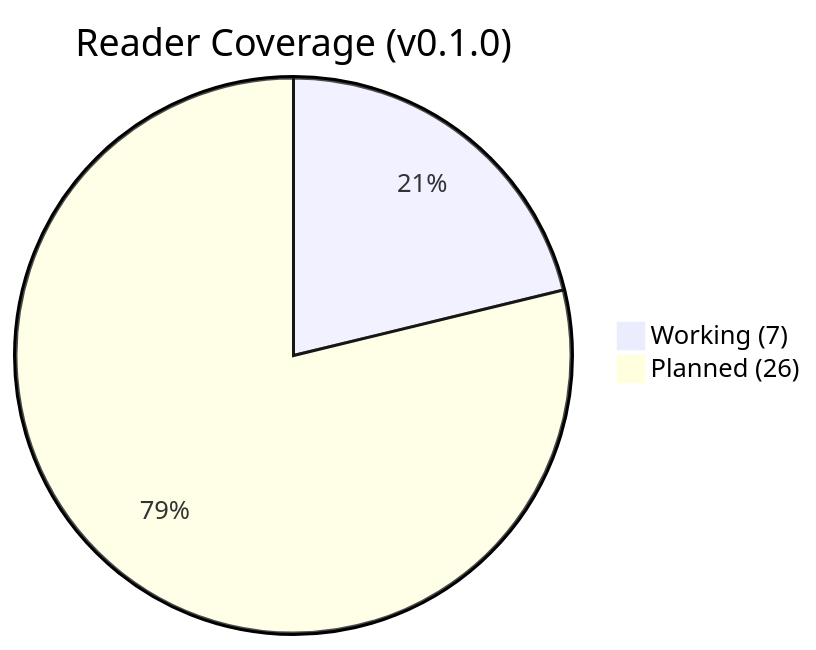
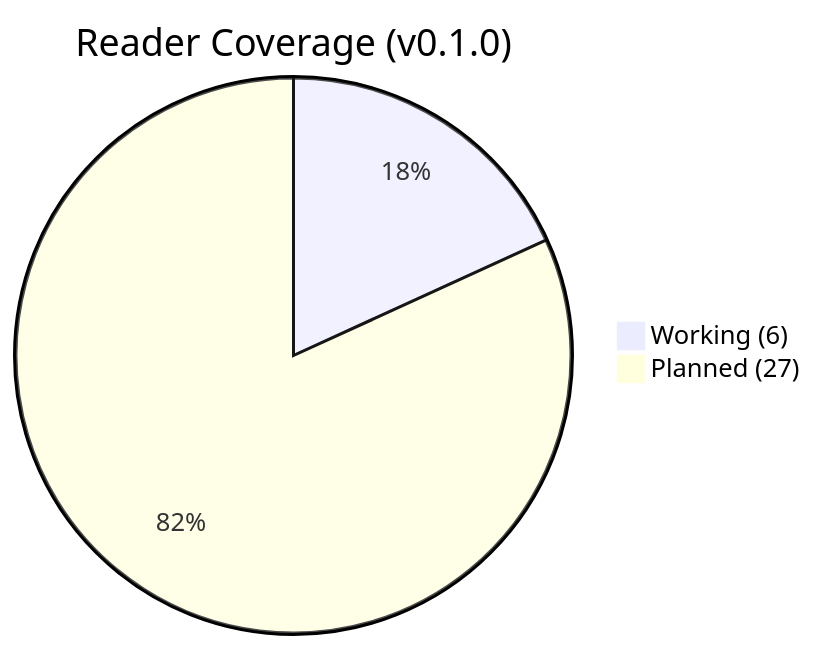
The first of 2 diagrams in README.md (andiekobbietks/AgentSON), drawn with Mermaid before and after one commit. The commit also changed other lines of this file and 10 other files, not shown here.

````diff
--- a/README.md
+++ b/README.md
@@ -55,5 +80,5 @@
 ```mermaid
 pie title Reader Coverage (v0.1.0)
-    "Working (7)" : 7
-    "Planned (26)" : 26
+    "Working (6)" : 6
+    "Planned (27)" : 27
 ```
````
